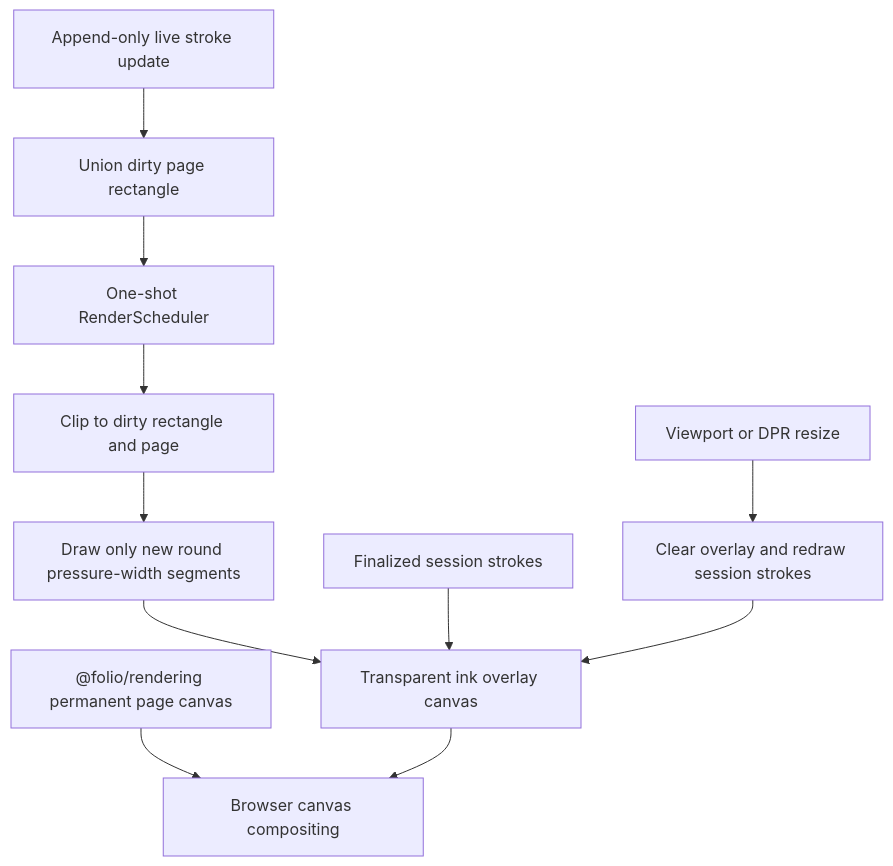
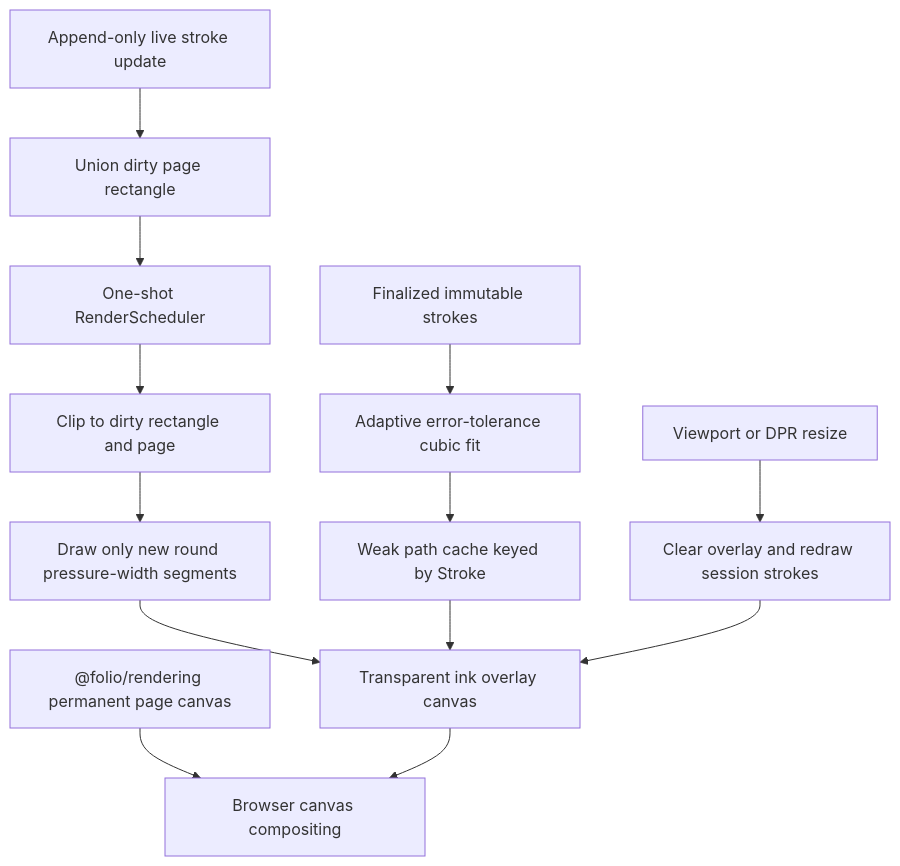
One commit to ritikpandey1981/digital-notes changed the third of 4 diagrams in packages/ink/README.md. Above: the diagram before and after it, drawn with Mermaid. The commit also changed other lines of this file and 39 other files, not shown here.

````diff
--- a/packages/ink/README.md
+++ b/packages/ink/README.md
@@ -87,15 +89,17 @@
 ```mermaid
 flowchart TD
     Base["@folio/rendering permanent page canvas"]
     Overlay["Transparent ink overlay canvas"]
     Update["Append-only live stroke update"] --> Dirty["Union dirty page rectangle"]
     Dirty --> RAF["One-shot RenderScheduler"]
     RAF --> Clip["Clip to dirty rectangle and page"]
     Clip --> Segment["Draw only new round pressure-width segments"]
     Segment --> Overlay
-    Final["Finalized session strokes"] --> Overlay
+    Final["Finalized immutable strokes"] --> Fit["Adaptive error-tolerance cubic fit"]
+    Fit --> Cache["Weak path cache keyed by Stroke"]
+    Cache --> Overlay
     Resize["Viewport or DPR resize"] --> FullInk["Clear overlay and redraw session strokes"]
     FullInk --> Overlay
     Base --> Composite["Browser canvas compositing"]
     Overlay --> Composite
 ```
````
